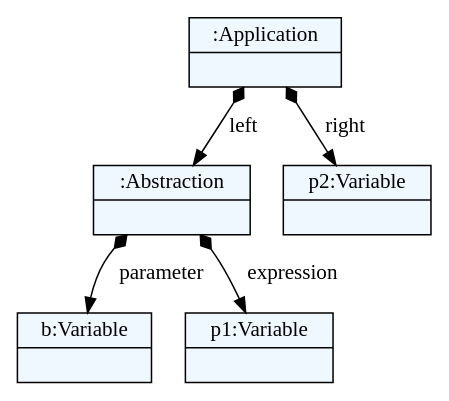
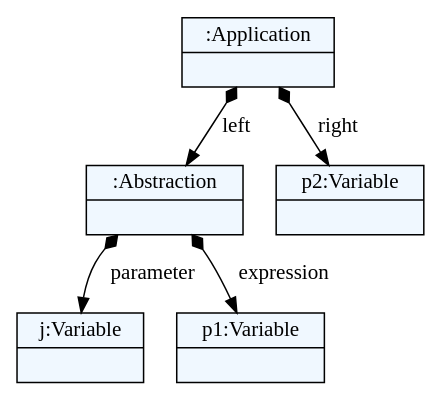
One commit to pavleglusac/lambda-calculus changed the diagram in language/models/model5.dot. Above: the diagram before and after it, drawn with Graphviz. The commit also changed 25 other files, not shown here.

```diff
--- a/language/models/model5.dot
+++ b/language/models/model5.dot
@@ -1,24 +1,24 @@
 
     digraph textX {
     fontname = "Bitstream Vera Sans"
     fontsize = 8
     node[
         shape=record,
         style=filled,
         fillcolor=aliceblue
     ]
     nodesep = 0.3
     edge[dir=black,arrowtail=empty]
 
 
-2358446067664 -> 2358446068048 [label="left" arrowtail=diamond dir=both]
-2358446068048 -> 2358446068432 [label="parameter" arrowtail=diamond dir=both]
-2358446068432[label="{b:Variable|}"]
-2358446068048 -> 2358445652816 [label="expression" arrowtail=diamond dir=both]
-2358445652816[label="{p1:Variable|}"]
-2358446068048[label="{:Abstraction|}"]
-2358446067664 -> 2358446068480 [label="right" arrowtail=diamond dir=both]
-2358446068480[label="{p2:Variable|}"]
-2358446067664[label="{:Application|}"]
+2133899157832 -> 2133909192008 [label="left" arrowtail=diamond dir=both]
+2133909192008 -> 2133910294728 [label="parameter" arrowtail=diamond dir=both]
+2133910294728[label="{j:Variable|}"]
+2133909192008 -> 2133909556616 [label="expression" arrowtail=diamond dir=both]
+2133909556616[label="{p1:Variable|}"]
+2133909192008[label="{:Abstraction|}"]
+2133899157832 -> 2133910699400 [label="right" arrowtail=diamond dir=both]
+2133910699400[label="{p2:Variable|}"]
+2133899157832[label="{:Application|}"]
 
 }
```
